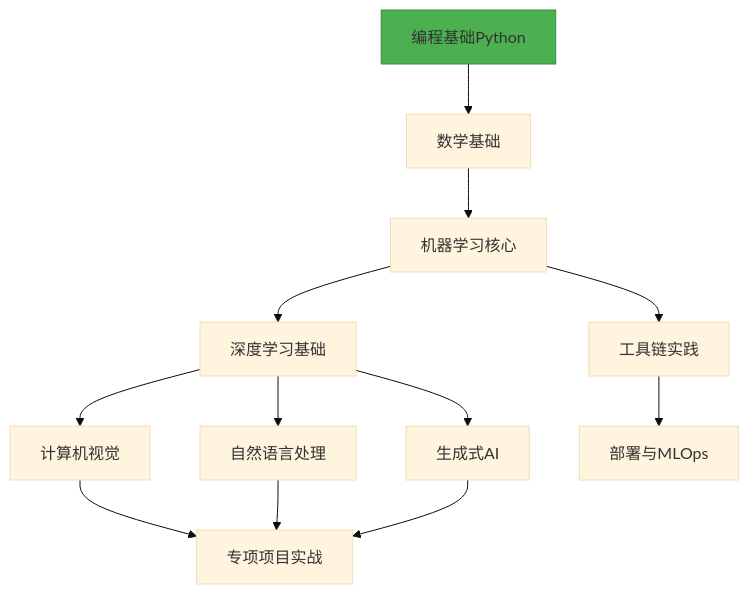
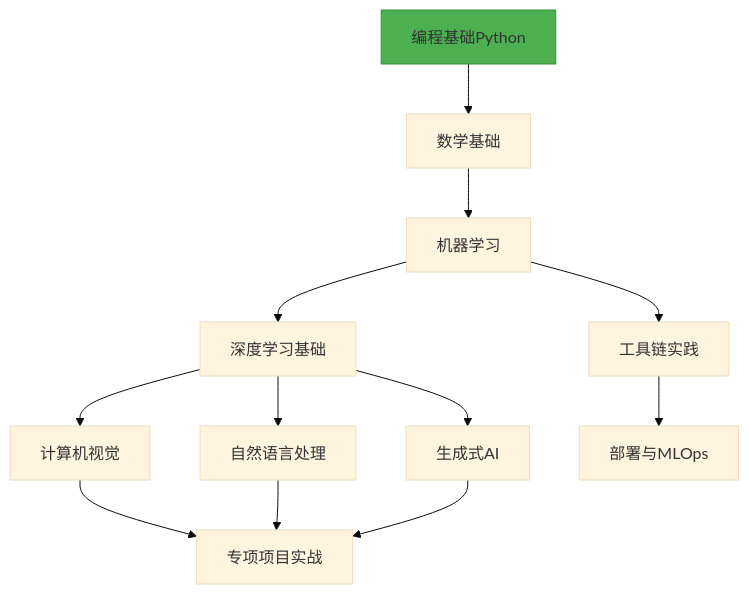
Before and after one commit to 0voice/learning-Journey-AI: the diagram in README.md, drawn with Mermaid (base theme).

````diff
--- a/README.md
+++ b/README.md
@@ -18,14 +18,14 @@
 ```mermaid
 %% 学习路径图 - 使用Mermaid绘制
 flowchart TD
     A[编程基础Python] --> B[数学基础]
-    B --> C[机器学习核心]
+    B --> C[机器学习]
     C --> D[深度学习基础]
     D --> E[计算机视觉]
     D --> F[自然语言处理]
     D --> G[生成式AI]
     C --> H[工具链实践]
     H --> I[部署与MLOps]
     E & F & G --> J[专项项目实战]
     style A fill:#4CAF50,stroke:#388E3C
 ```
````
